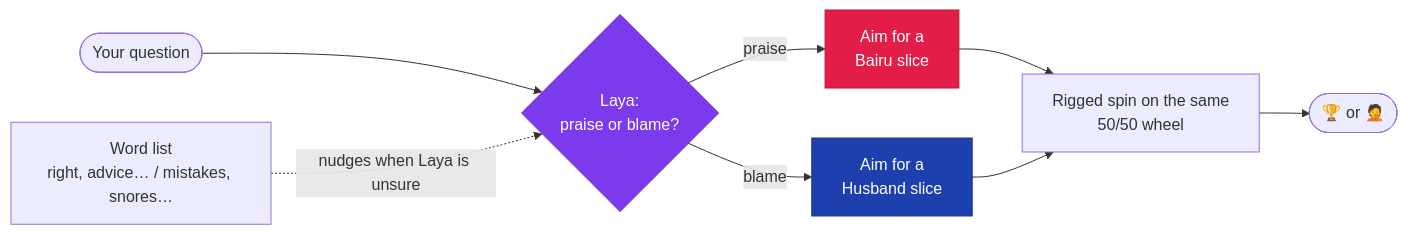
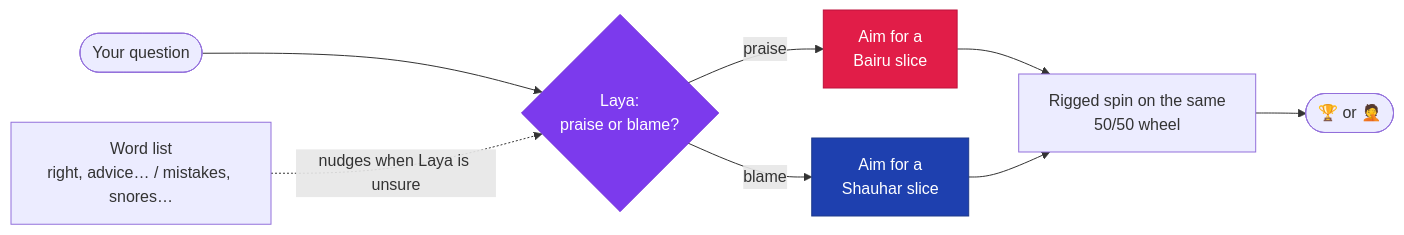
One commit to RehmanaliMomin/rigged-wheel changed the diagram in README.md. Above: the diagram before and after it, drawn with Mermaid. The commit also changed other lines of this file and 7 other files, not shown here.

First line of the commit message:
Default blame name: Husband -> Shauhar

````diff
--- a/README.md
+++ b/README.md
@@ -78,13 +78,13 @@
 ```mermaid
 flowchart LR
     Q([Your question]) --> L{Laya:<br/>praise or blame?}
     W[Word list<br/>right, advice… / mistakes, snores…] -. nudges when Laya is unsure .-> L
     L -->|praise| G[Aim for a<br/>Bairu slice]
-    L -->|blame| B[Aim for a<br/>Husband slice]
+    L -->|blame| B[Aim for a<br/>Shauhar slice]
     G --> S[Rigged spin on the same<br/>50/50 wheel]
     B --> S
     S --> R([🏆 or 🤦])
     style G fill:#e11d48,color:#fff,stroke:#be123c
     style B fill:#1e40af,color:#fff,stroke:#1e3a8a
     style L fill:#7c3aed,color:#fff,stroke:#6d28d9
 ```
````
